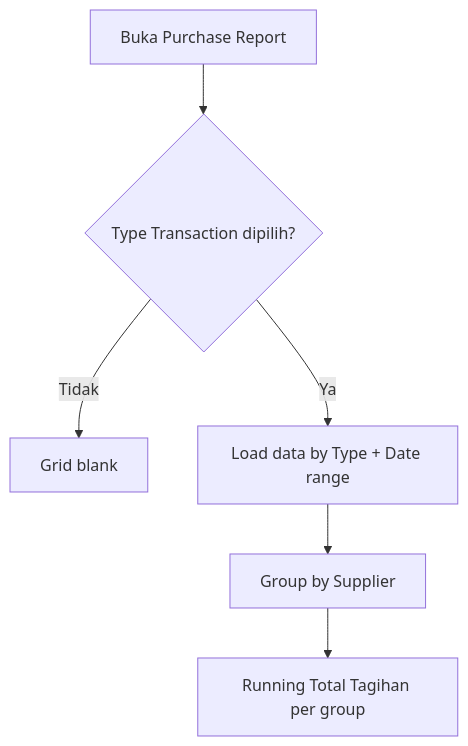
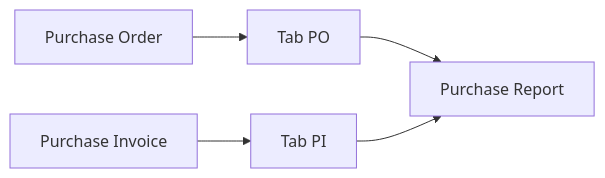
The diagram in qa-docs/accounting-purchase-report/requirement.md (yendyr/olshoperp-docs), drawn with Mermaid before and after one commit. The commit also changed other lines of this file and 6 other files, not shown here.

Commit message:
docs(qa): sync Purchase Report AS-IS docs from developer

````diff
--- a/qa-docs/accounting-purchase-report/requirement.md
+++ b/qa-docs/accounting-purchase-report/requirement.md
@@ -48,8 +43,7 @@
 ```mermaid
-flowchart TD
-  A[Buka Purchase Report] --> B{Type Transaction dipilih?}
-  B -->|Tidak| C[Grid blank]
-  B -->|Ya| D[Load data by Type + Date range]
-  D --> E[Group by Supplier]
-  E --> F[Running Total Tagihan per group]
+flowchart LR
+  PO[Purchase Order] --> TabPO[Tab PO]
+  PI[Purchase Invoice] --> TabPI[Tab PI]
+  TabPO --> R[Purchase Report]
+  TabPI --> R
 ```
````
